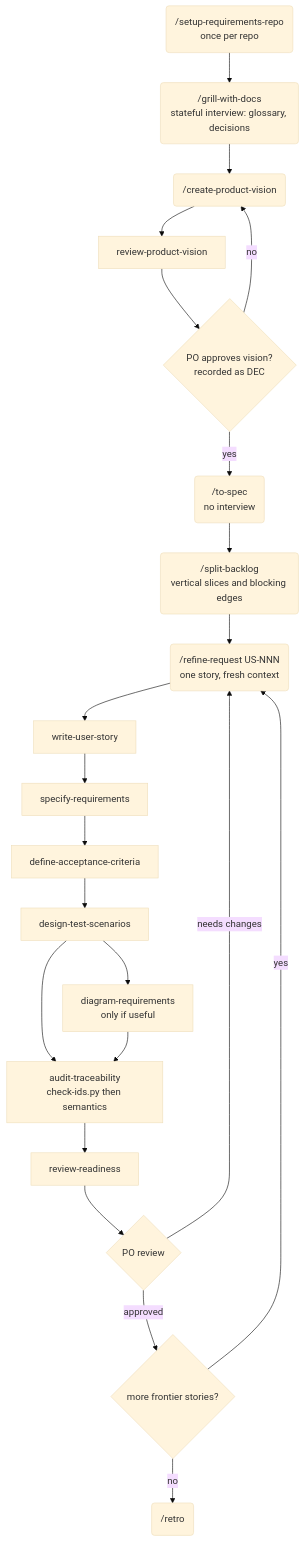
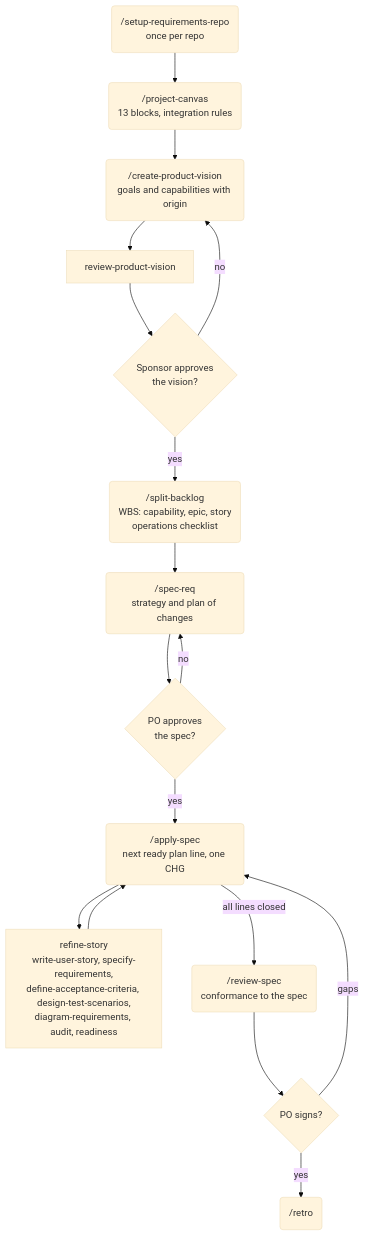
One commit to gugaucb/requirements-skills changed the first of 6 diagrams in docs/FLOW.md. Above: the diagram before and after it, drawn with Mermaid (base theme). The commit also changed other lines of this file and 117 other files, not shown here.

````diff
--- a/docs/FLOW.md
+++ b/docs/FLOW.md
@@ -7,25 +15,19 @@
 ```mermaid
 flowchart TD
-  SETUP("/setup-requirements-repo<br/>once per repo") --> GRILL
-  GRILL("/grill-with-docs<br/>stateful interview: glossary, decisions")
-  GRILL --> VISION("/create-product-vision")
+  SETUP("/setup-requirements-repo<br/>once per repo") --> CANVAS
+  CANVAS("/project-canvas<br/>13 blocks, integration rules") --> VISION("/create-product-vision<br/>goals and capabilities with origin")
   VISION --> RVIS["review-product-vision"]
-  RVIS --> PO1{"PO approves vision?<br/>recorded as DEC"}
+  RVIS --> PO1{"Sponsor approves<br/>the vision?"}
   PO1 -- "no" --> VISION
-  PO1 -- "yes" --> SPEC("/to-spec<br/>no interview")
-  SPEC --> SLICE("/split-backlog<br/>vertical slices and blocking edges")
-  SLICE --> REFINE("/refine-request US-NNN<br/>one story, fresh context")
-  REFINE --> WUS["write-user-story"]
-  WUS --> SREQ["specify-requirements"]
-  SREQ --> AC["define-acceptance-criteria"]
-  AC --> TC["design-test-scenarios"]
-  TC --> DG["diagram-requirements<br/>only if useful"]
-  TC --> AUDIT["audit-traceability<br/>check-ids.py then semantics"]
-  DG --> AUDIT
-  AUDIT --> READY["review-readiness"]
-  READY --> PO2{"PO review"}
-  PO2 -- "needs changes" --> REFINE
-  PO2 -- "approved" --> NEXT{"more frontier stories?"}
-  NEXT -- "yes" --> REFINE
-  NEXT -- "no" --> RETRO("/retro")
+  PO1 -- "yes" --> SPLIT("/split-backlog<br/>WBS: capability, epic, story<br/>operations checklist")
+  SPLIT --> SPEC("/spec-req<br/>strategy and plan of changes")
+  SPEC --> PO2{"PO approves<br/>the spec?"}
+  PO2 -- "no" --> SPEC
+  PO2 -- "yes" --> APPLY("/apply-spec<br/>next ready plan line, one CHG")
+  APPLY --> STORY["refine-story<br/>write-user-story, specify-requirements,<br/>define-acceptance-criteria, design-test-scenarios,<br/>diagram-requirements, audit, readiness"]
+  STORY --> APPLY
+  APPLY -- "all lines closed" --> REVIEW("/review-spec<br/>conformance to the spec")
+  REVIEW --> PO3{"PO signs?"}
+  PO3 -- "gaps" --> APPLY
+  PO3 -- "yes" --> RETRO("/retro")
 ```
````
